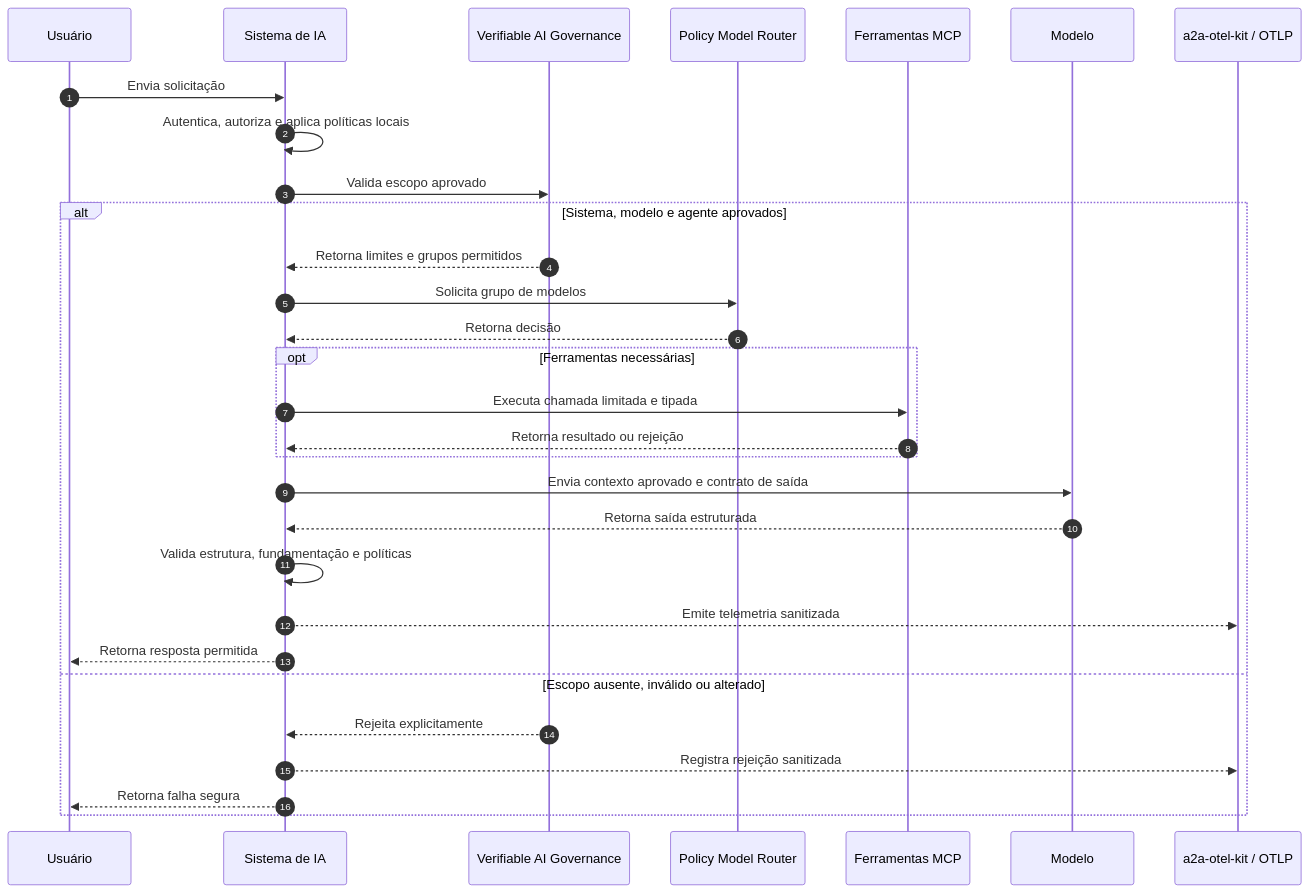
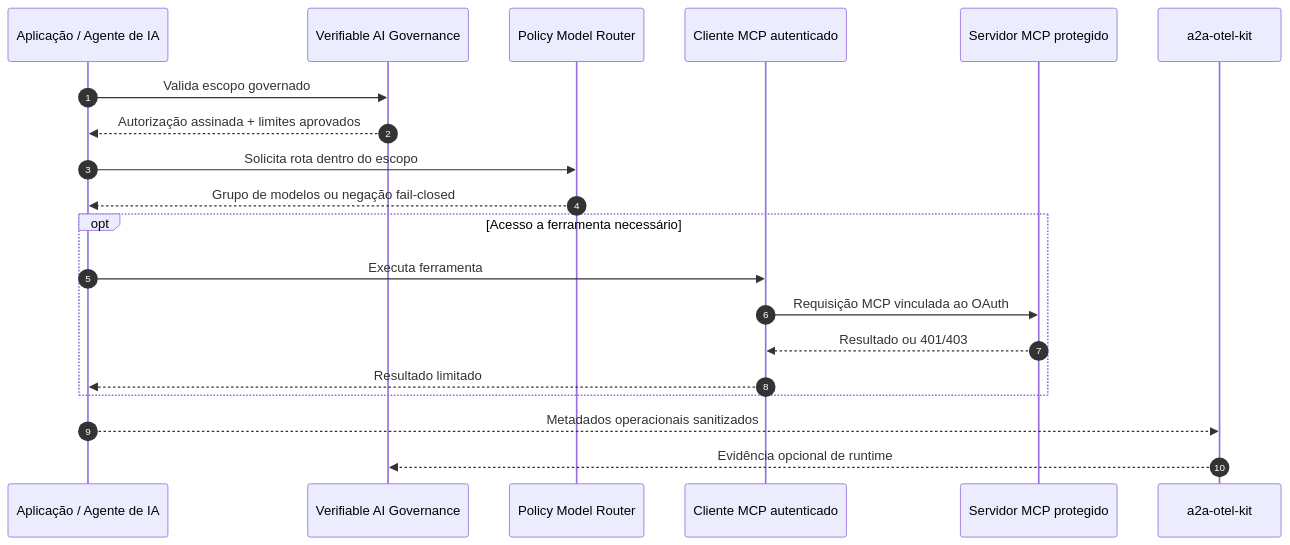
Before and after one commit to brunovicco/brunovicco: the second of 2 diagrams in PORTFOLIO_ARCHITECTURE.pt-BR.md, drawn with Mermaid. The commit also changed other lines of this file and 8 other files, not shown here.

````diff
--- a/PORTFOLIO_ARCHITECTURE.pt-BR.md
+++ b/PORTFOLIO_ARCHITECTURE.pt-BR.md
@@ -243,34 +136,25 @@
 ```mermaid
 sequenceDiagram
     autonumber
-    participant User as Usuário
-    participant App as Sistema de IA
+    participant App as Aplicação / Agente de IA
     participant Gov as Verifiable AI Governance
     participant Router as Policy Model Router
-    participant MCP as Ferramentas MCP
-    participant Model as Modelo
-    participant OTel as a2a-otel-kit / OTLP
+    participant MCPClient as Cliente MCP autenticado
+    participant MCPServer as Servidor MCP protegido
+    participant OTel as a2a-otel-kit
 
-    User->>App: Envia solicitação
-    App->>App: Autentica, autoriza e aplica políticas locais
-    App->>Gov: Valida escopo aprovado
+    App->>Gov: Valida escopo governado
+    Gov-->>App: Autorização assinada + limites aprovados
+    App->>Router: Solicita rota dentro do escopo
+    Router-->>App: Grupo de modelos ou negação fail-closed
 
-    alt Sistema, modelo e agente aprovados
-        Gov-->>App: Retorna limites e grupos permitidos
-        App->>Router: Solicita grupo de modelos
-        Router-->>App: Retorna decisão
-        opt Ferramentas necessárias
-            App->>MCP: Executa chamada limitada e tipada
-            MCP-->>App: Retorna resultado ou rejeição
-        end
-        App->>Model: Envia contexto aprovado e contrato de saída
-        Model-->>App: Retorna saída estruturada
-        App->>App: Valida estrutura, fundamentação e políticas
-        App-->>OTel: Emite telemetria sanitizada
-        App-->>User: Retorna resposta permitida
-    else Escopo ausente, inválido ou alterado
-        Gov-->>App: Rejeita explicitamente
-        App-->>OTel: Registra rejeição sanitizada
-        App-->>User: Retorna falha segura
+    opt Acesso a ferramenta necessário
+        App->>MCPClient: Executa ferramenta
+        MCPClient->>MCPServer: Requisição MCP vinculada ao OAuth
+        MCPServer-->>MCPClient: Resultado ou 401/403
+        MCPClient-->>App: Resultado limitado
     end
+
+    App-->>OTel: Metadados operacionais sanitizados
+    OTel-->>Gov: Evidência opcional de runtime
 ```
````
